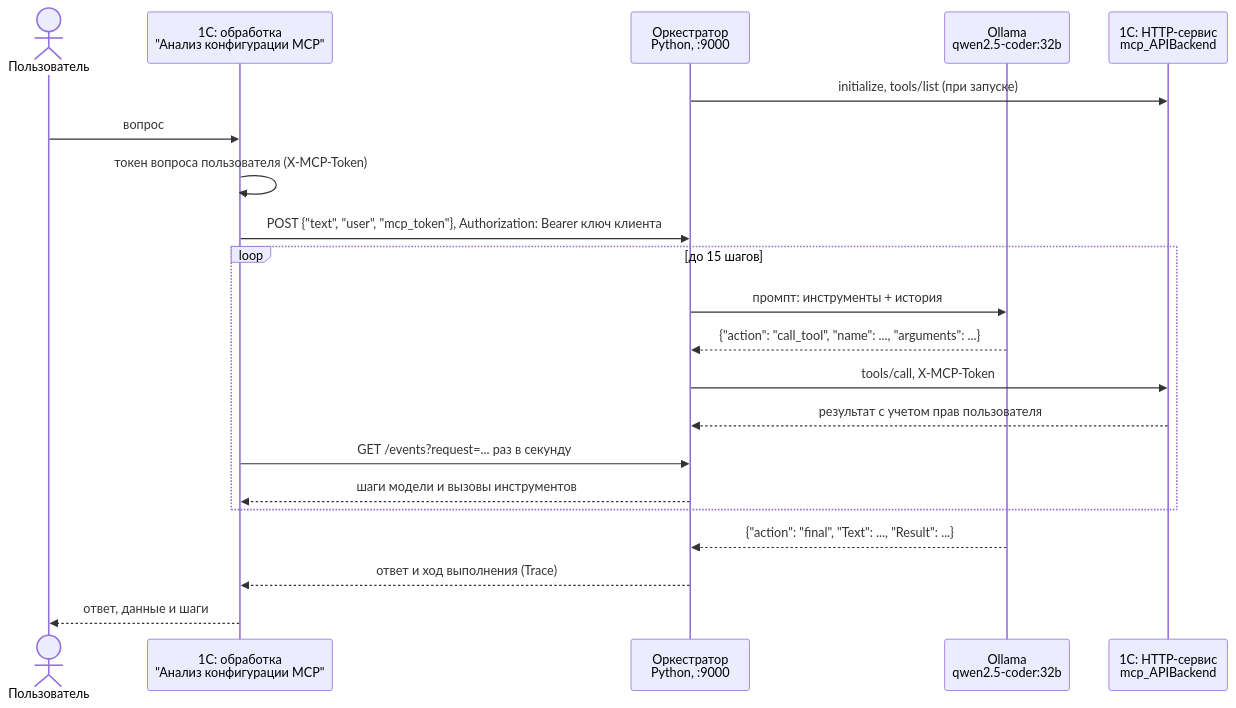
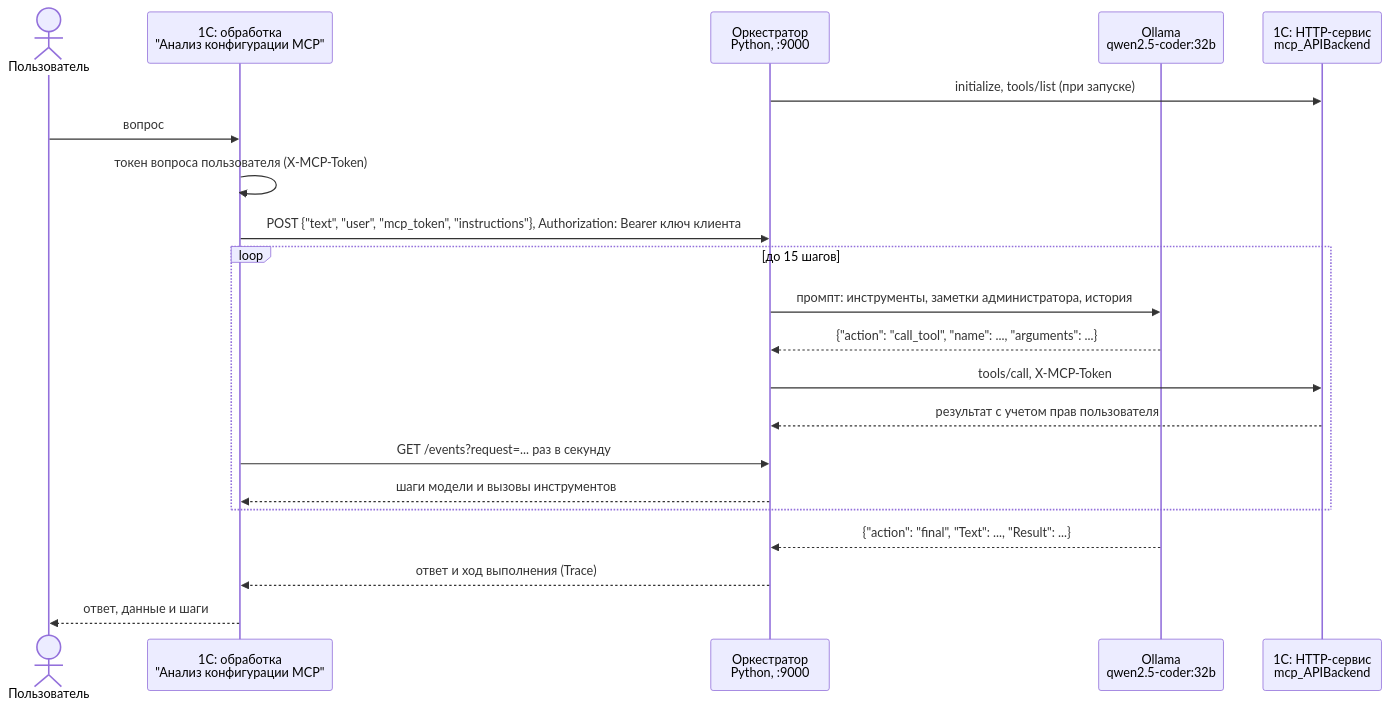
The diagram in README.md (Kickfok/1c-mcp-ollama), drawn with Mermaid before and after one commit. The commit also changed other lines of this file and 23 other files, not shown here.

````diff
--- a/README.md
+++ b/README.md
@@ -337,24 +387,24 @@
 ```mermaid
 sequenceDiagram
     actor U as Пользователь
     participant F as 1С: обработка<br>"Анализ конфигурации MCP"
     participant O as Оркестратор<br>Python, :9000
     participant L as Ollama<br>qwen2.5-coder:32b
     participant M as 1С: HTTP-сервис<br>mcp_APIBackend
 
     O->>M: initialize, tools/list (при запуске)
     U->>F: вопрос
     F->>F: токен вопроса пользователя (X-MCP-Token)
-    F->>O: POST {"text", "user", "mcp_token"}, Authorization: Bearer ключ клиента
+    F->>O: POST {"text", "user", "mcp_token", "instructions"}, Authorization: Bearer ключ клиента
     loop до 15 шагов
-        O->>L: промпт: инструменты + история
+        O->>L: промпт: инструменты, заметки администратора, история
         L-->>O: {"action": "call_tool", "name": ..., "arguments": ...}
         O->>M: tools/call, X-MCP-Token
         M-->>O: результат с учетом прав пользователя
         F->>O: GET /events?request=... раз в секунду
         O-->>F: шаги модели и вызовы инструментов
     end
     L-->>O: {"action": "final", "Text": ..., "Result": ...}
     O-->>F: ответ и ход выполнения (Trace)
     F-->>U: ответ, данные и шаги
 ```
````
